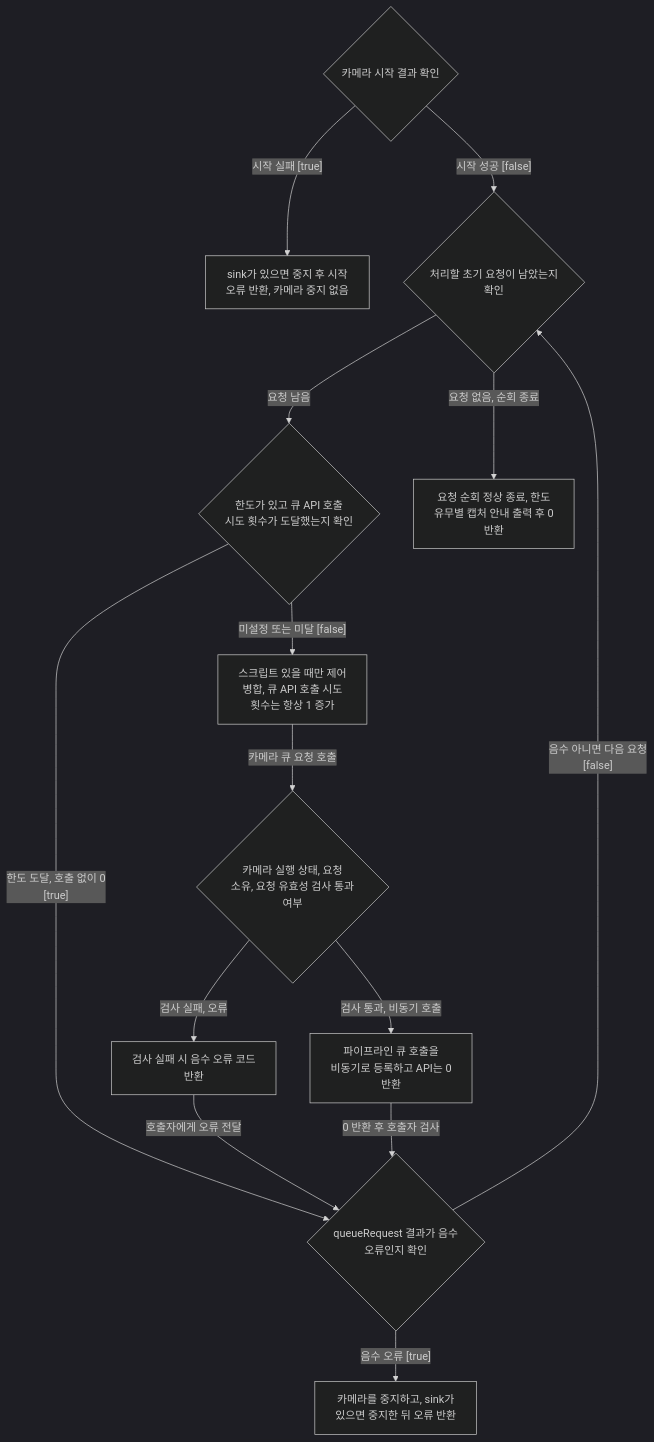
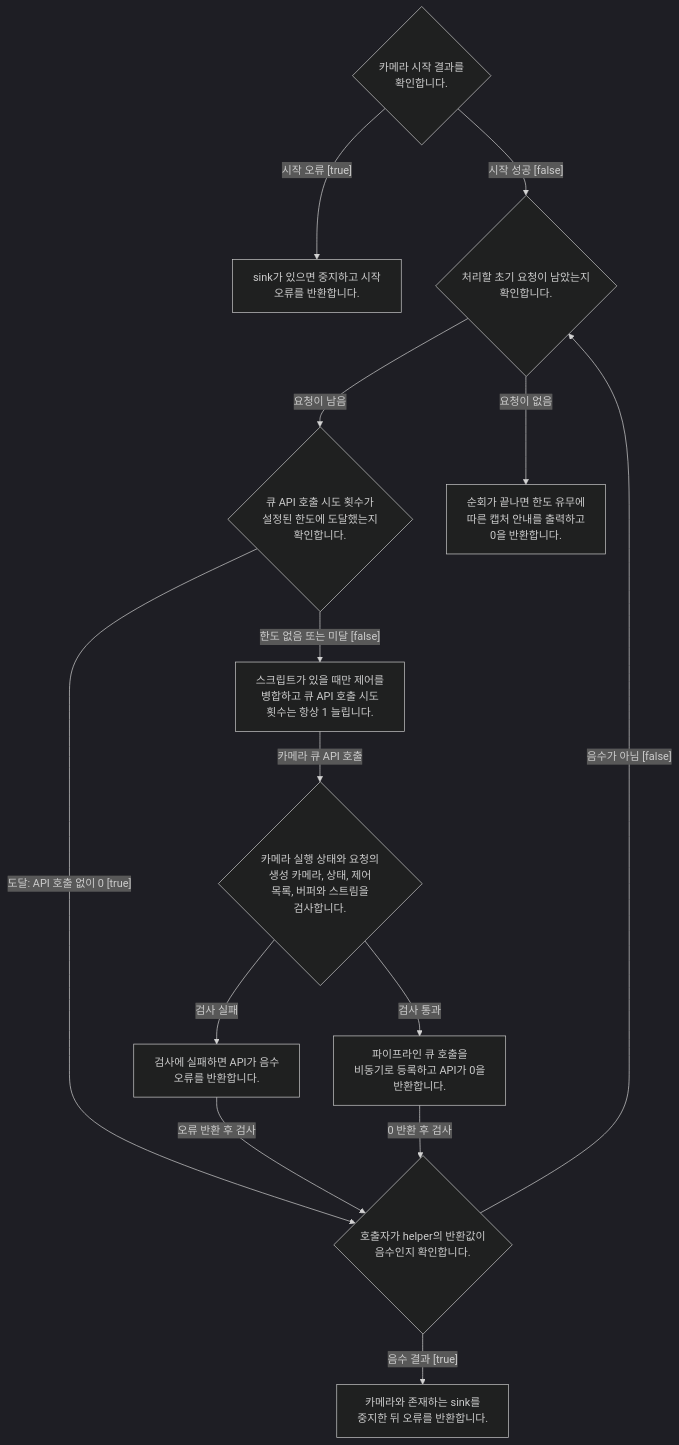
The diagram in docs/official-cam-validation.initial-submission.mmd (TTolsun/libcamera-sdd), drawn with Mermaid (dark theme) before and after one commit. The commit also changed 125 other files, not shown here.

```diff
--- a/docs/official-cam-validation.initial-submission.mmd
+++ b/docs/official-cam-validation.initial-submission.mmd
@@ -1,26 +1,26 @@
 flowchart TB
-%% sdd:translations {"0 반환 후 호출자 검사": "then caller checks", "queueRequest 결과가 음수 <br/>오류인지 확인": "Check if queueRequest <br/>result is a negative error", "sink가 있으면 중지 후 시작 <br/>오류 반환, 카메라 중지 없음": "Stop sink if present, <br/>return start error, no <br/>camera stop", "검사 실패 시 음수 오류 코드 <br/>반환": "On check failure, return <br/>negative error code", "검사 실패, 오류": "fails: return error", "검사 통과, 비동기 호출": "passes: async call", "미설정 또는 미달 #91;false#93;": "unset or below #91;false#93;", "스크립트 있을 때만 제어 <br/>병합, 큐 API 호출 시도 <br/>횟수는 항상 1 증가": "Merge controls only if <br/>script exists; always +1 <br/>queue API call attempts", "시작 성공 #91;false#93;": "start succeeded #91;false#93;", "시작 실패 #91;true#93;": "start failed #91;true#93;", "요청 남음": "requests remain", "요청 순회 정상 종료, 한도 <br/>유무별 캡처 안내 출력 후 0 <br/>반환": "Loop ends normally; print <br/>capture notice by limit, <br/>return 0", "요청 없음, 순회 종료": "none left, loop ends", "음수 아니면 다음 요청 <br/>#91;false#93;": "non-negative: next #91;false#93;", "음수 오류 #91;true#93;": "negative error #91;true#93;", "처리할 초기 요청이 남았는지 <br/>확인": "Check whether initial <br/>requests remain", "카메라 시작 결과 확인": "Check camera start result", "카메라 실행 상태, 요청 <br/>소유, 요청 유효성 검사 통과 <br/>여부": "Check camera Running state, <br/>request owner, request <br/>validity", "카메라 큐 요청 호출": "calls camera queue", "카메라를 중지하고, sink가 <br/>있으면 중지한 뒤 오류 반환": "Stop camera, stop sink if <br/>present, then return error", "파이프라인 큐 호출을 <br/>비동기로 등록하고 API는 0 <br/>반환": "Async pipeline queue call <br/>scheduled; API returns 0", "한도 도달, 호출 없이 0 <br/>#91;true#93;": "at limit: 0, no call #91;true#93;", "한도가 있고 큐 API 호출 <br/>시도 횟수가 도달했는지 확인": "Check if limit is set and <br/>queue API call attempts <br/>reached it", "호출자에게 오류 전달": "error to caller"}
-  v_start_check{"카메라 시작 결과 확인"}
-  v_start_fail["sink가 있으면 중지 후 시작 <br/>오류 반환, 카메라 중지 없음"]
-  v_remaining{"처리할 초기 요청이 남았는지 <br/>확인"}
-  v_limit_check{"한도가 있고 큐 API 호출 <br/>시도 횟수가 도달했는지 확인"}
-  v_control_merge["스크립트 있을 때만 제어 <br/>병합, 큐 API 호출 시도 <br/>횟수는 항상 1 증가"]
-  v_camera_queue_check{"카메라 실행 상태, 요청 <br/>소유, 요청 유효성 검사 통과 <br/>여부"}
-  v_queue_error["검사 실패 시 음수 오류 코드 <br/>반환"]
-  v_queue_async["파이프라인 큐 호출을 <br/>비동기로 등록하고 API는 0 <br/>반환"]
-  v_caller_check{"queueRequest 결과가 음수 <br/>오류인지 확인"}
-  v_stop_on_error["카메라를 중지하고, sink가 <br/>있으면 중지한 뒤 오류 반환"]
-  v_done["요청 순회 정상 종료, 한도 <br/>유무별 캡처 안내 출력 후 0 <br/>반환"]
-  v_start_check -->|"시작 실패 #91;true#93;"| v_start_fail
+%% sdd:translations {"0 반환 후 검사": "Check after return 0", "sink가 있으면 중지하고 시작 <br/>오류를 반환합니다.": "Stop the sink if present <br/>and return the start error.", "검사 실패": "Checks fail", "검사 통과": "Checks pass", "검사에 실패하면 API가 음수 <br/>오류를 반환합니다.": "If a check fails, the API <br/>returns a negative error.", "도달: API 호출 없이 0 #91;true#93;": "At limit: 0, no call #91;true#93;", "순회가 끝나면 한도 유무에 <br/>따른 캡처 안내를 출력하고 <br/>0을 반환합니다.": "After the loop, print the <br/>capture notice for the <br/>limit and return 0.", "스크립트가 있을 때만 제어를 <br/>병합하고 큐 API 호출 시도 <br/>횟수는 항상 1 늘립니다.": "Merge controls only with a <br/>script; always increment <br/>queue API call attempts.", "시작 성공 #91;false#93;": "Start succeeded #91;false#93;", "시작 오류 #91;true#93;": "Start error #91;true#93;", "오류 반환 후 검사": "Check after error", "요청이 남음": "Requests remain", "요청이 없음": "No requests remain", "음수 결과 #91;true#93;": "Negative result #91;true#93;", "음수가 아님 #91;false#93;": "Not negative #91;false#93;", "처리할 초기 요청이 남았는지 <br/>확인합니다.": "Check whether initial <br/>requests remain.", "카메라 시작 결과를 <br/>확인합니다.": "Check the camera start <br/>result.", "카메라 실행 상태와 요청의 <br/>생성 카메라, 상태, 제어 <br/>목록, 버퍼와 스트림을 <br/>검사합니다.": "Check the running state and <br/>the request#39;s camera, <br/>status, controls, buffers <br/>and runs.", "카메라 큐 API 호출": "Call camera queue", "카메라와 존재하는 sink를 <br/>중지한 뒤 오류를 반환합니다.": "Stop the camera and any <br/>sink, then return the error.", "큐 API 호출 시도 횟수가 <br/>설정된 한도에 도달했는지 <br/>확인합니다.": "Check whether queue API <br/>call attempts reached the <br/>configured limit.", "파이프라인 큐 호출을 <br/>비동기로 등록하고 API가 0을 <br/>반환합니다.": "Queue the pipeline call <br/>asynchronously and return 0 <br/>from the API.", "한도 없음 또는 미달 #91;false#93;": "Unset or below limit #91;false#93;", "호출자가 helper의 반환값이 <br/>음수인지 확인합니다.": "The caller checks whether <br/>the helper#39;s return value <br/>is negative."}
+  v_start_check{"카메라 시작 결과를 <br/>확인합니다."}
+  v_start_fail["sink가 있으면 중지하고 시작 <br/>오류를 반환합니다."]
+  v_remaining{"처리할 초기 요청이 남았는지 <br/>확인합니다."}
+  v_limit_check{"큐 API 호출 시도 횟수가 <br/>설정된 한도에 도달했는지 <br/>확인합니다."}
+  v_control_merge["스크립트가 있을 때만 제어를 <br/>병합하고 큐 API 호출 시도 <br/>횟수는 항상 1 늘립니다."]
+  v_camera_queue_check{"카메라 실행 상태와 요청의 <br/>생성 카메라, 상태, 제어 <br/>목록, 버퍼와 스트림을 <br/>검사합니다."}
+  v_queue_error["검사에 실패하면 API가 음수 <br/>오류를 반환합니다."]
+  v_queue_async["파이프라인 큐 호출을 <br/>비동기로 등록하고 API가 0을 <br/>반환합니다."]
+  v_caller_check{"호출자가 helper의 반환값이 <br/>음수인지 확인합니다."}
+  v_stop_on_error["카메라와 존재하는 sink를 <br/>중지한 뒤 오류를 반환합니다."]
+  v_done["순회가 끝나면 한도 유무에 <br/>따른 캡처 안내를 출력하고 <br/>0을 반환합니다."]
+  v_start_check -->|"시작 오류 #91;true#93;"| v_start_fail
   v_start_check -->|"시작 성공 #91;false#93;"| v_remaining
-  v_remaining -->|"요청 남음"| v_limit_check
-  v_remaining -->|"요청 없음, 순회 종료"| v_done
-  v_limit_check -->|"미설정 또는 미달 #91;false#93;"| v_control_merge
-  v_limit_check -->|"한도 도달, 호출 없이 0 <br/>#91;true#93;"| v_caller_check
-  v_control_merge -->|"카메라 큐 요청 호출"| v_camera_queue_check
-  v_camera_queue_check -->|"검사 실패, 오류"| v_queue_error
-  v_camera_queue_check -->|"검사 통과, 비동기 호출"| v_queue_async
-  v_queue_error -->|"호출자에게 오류 전달"| v_caller_check
-  v_queue_async -->|"0 반환 후 호출자 검사"| v_caller_check
-  v_caller_check -->|"음수 오류 #91;true#93;"| v_stop_on_error
-  v_caller_check -->|"음수 아니면 다음 요청 <br/>#91;false#93;"| v_remaining
+  v_remaining -->|"요청이 남음"| v_limit_check
+  v_remaining -->|"요청이 없음"| v_done
+  v_limit_check -->|"도달: API 호출 없이 0 #91;true#93;"| v_caller_check
+  v_limit_check -->|"한도 없음 또는 미달 #91;false#93;"| v_control_merge
+  v_control_merge -->|"카메라 큐 API 호출"| v_camera_queue_check
+  v_camera_queue_check -->|"검사 실패"| v_queue_error
+  v_camera_queue_check -->|"검사 통과"| v_queue_async
+  v_queue_error -->|"오류 반환 후 검사"| v_caller_check
+  v_queue_async -->|"0 반환 후 검사"| v_caller_check
+  v_caller_check -->|"음수 결과 #91;true#93;"| v_stop_on_error
+  v_caller_check -->|"음수가 아님 #91;false#93;"| v_remaining
```
